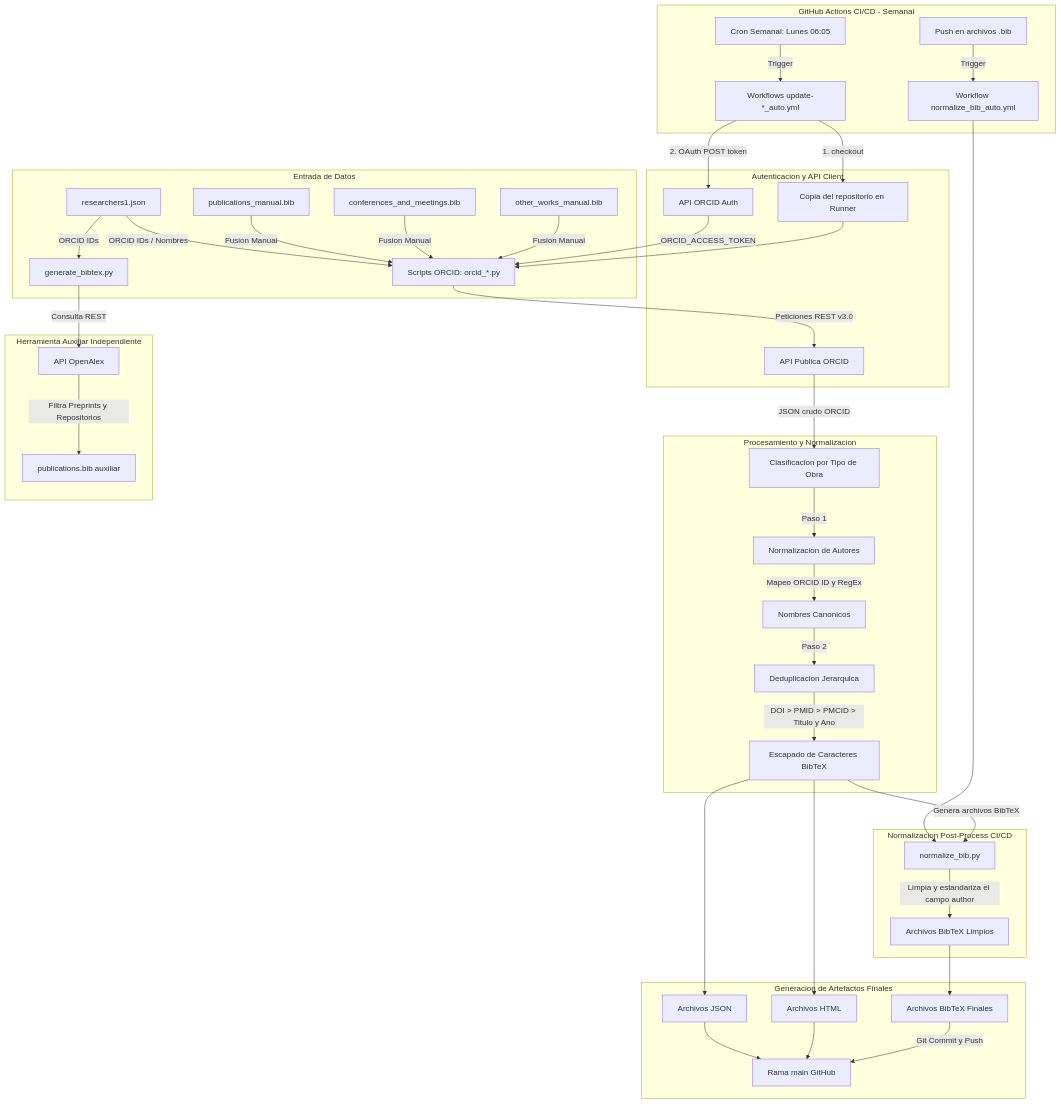
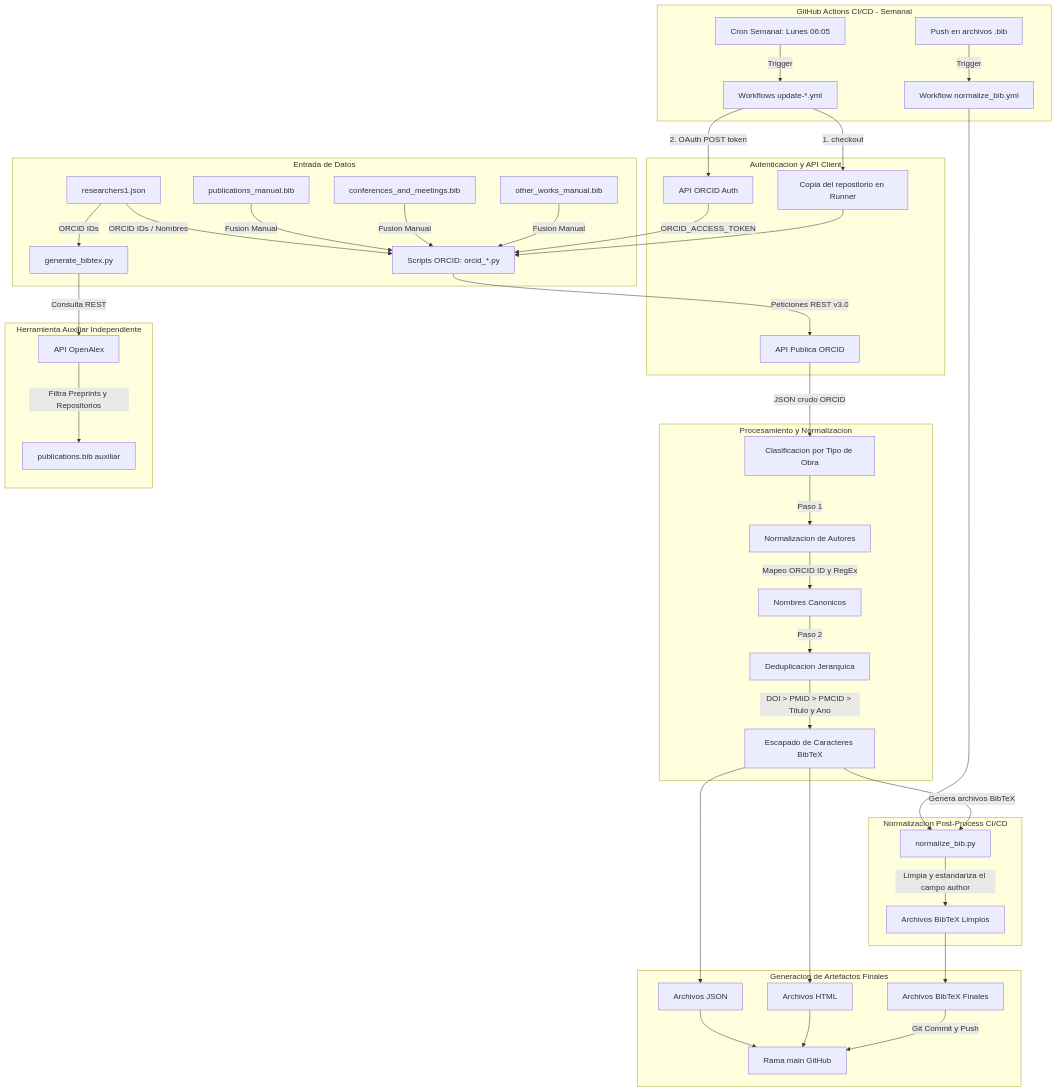
One commit to AIG-UC3M/aig_publications changed the diagram in README.md. Above: the diagram before and after it, drawn with Mermaid. The commit also changed other lines of this file, not shown here.

Commit message:
Update workflow filenames in README.md

````diff
--- a/README.md
+++ b/README.md
@@ -51,51 +51,51 @@
 ```mermaid
 flowchart TD
     subgraph Entrada [Entrada de Datos]
         A[researchers1.json] -->|ORCID IDs / Nombres| B[Scripts ORCID: orcid_*.py]
         A -->|ORCID IDs| OA_Script[generate_bibtex.py]
         M1[publications_manual.bib] -->|Fusion Manual| B
         M2[conferences_and_meetings.bib] -->|Fusion Manual| B
         M3[other_works_manual.bib] -->|Fusion Manual| B
     end
 
     subgraph Workflows [GitHub Actions CI/CD - Semanal]
-        Cron[Cron Semanal: Lunes 06:05] -->|Trigger| GHA_Update[Workflows update-*_auto.yml]
-        PushBib[Push en archivos .bib] -->|Trigger| GHA_Norm[Workflow normalize_bib_auto.yml]
+        Cron[Cron Semanal: Lunes 06:05] -->|Trigger| GHA_Update[Workflows update-*.yml]
+        PushBib[Push en archivos .bib] -->|Trigger| GHA_Norm[Workflow normalize_bib.yml]
     end
 
     subgraph Auth [Autenticacion y API Client]
         GHA_Update -->|1. checkout| RepoCopy[Copia del repositorio en Runner]
         GHA_Update -->|2. OAuth POST token| OAuth[API ORCID Auth]
         OAuth -->|ORCID_ACCESS_TOKEN| B
         RepoCopy --> B
         B -->|Peticiones REST v3.0| ORCID_API[API Publica ORCID]
     end
 
     subgraph Process [Procesamiento y Normalizacion]
         ORCID_API -->|JSON crudo ORCID| C[Clasificacion por Tipo de Obra]
         C -->|Paso 1| D[Normalizacion de Autores]
         D -->|Mapeo ORCID ID y RegEx| D1[Nombres Canonicos]
         D1 -->|Paso 2| E[Deduplicacion Jerarquica]
         E -->|DOI > PMID > PMCID > Titulo y Ano| F[Escapado de Caracteres BibTeX]
     end
 
     subgraph NormStep [Normalizacion Post-Process CI/CD]
         GHA_Norm --> N1[normalize_bib.py]
         F -->|Genera archivos BibTeX| N1
         N1 -->|Limpia y estandariza el campo author| N2[Archivos BibTeX Limpios]
     end
 
     subgraph Salida [Generacion de Artefactos Finales]
         F --> OutJSON[Archivos JSON]
         F --> OutHTML[Archivos HTML]
         N2 --> OutBIB[Archivos BibTeX Finales]
         OutJSON --> MainRepo[Rama main GitHub]
         OutHTML --> MainRepo
         OutBIB -->|Git Commit y Push| MainRepo
     end
 
     subgraph Auxiliar [Herramienta Auxiliar Independiente]
         OA_Script -->|Consulta REST| OpenAlex_API[API OpenAlex]
         OpenAlex_API -->|Filtra Preprints y Repositorios| OA_BIB[publications.bib auxiliar]
     end
 ```
````
